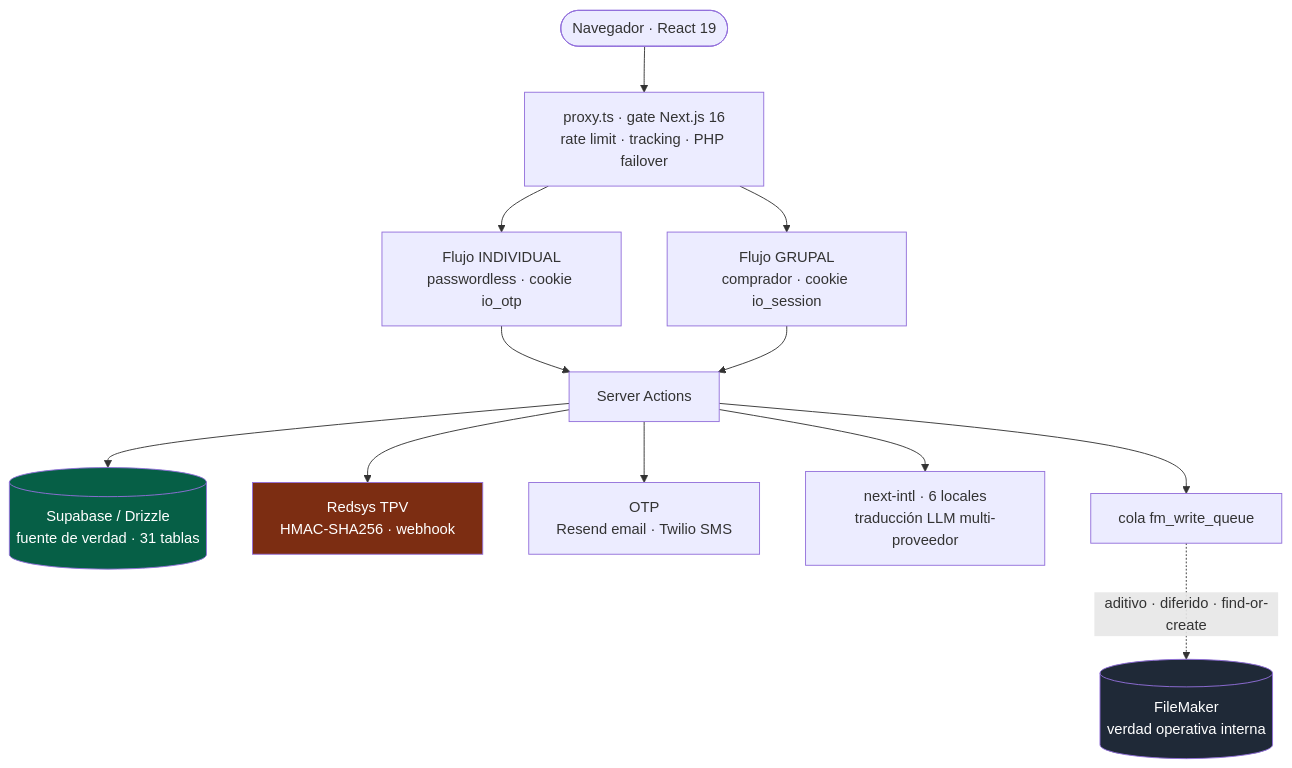
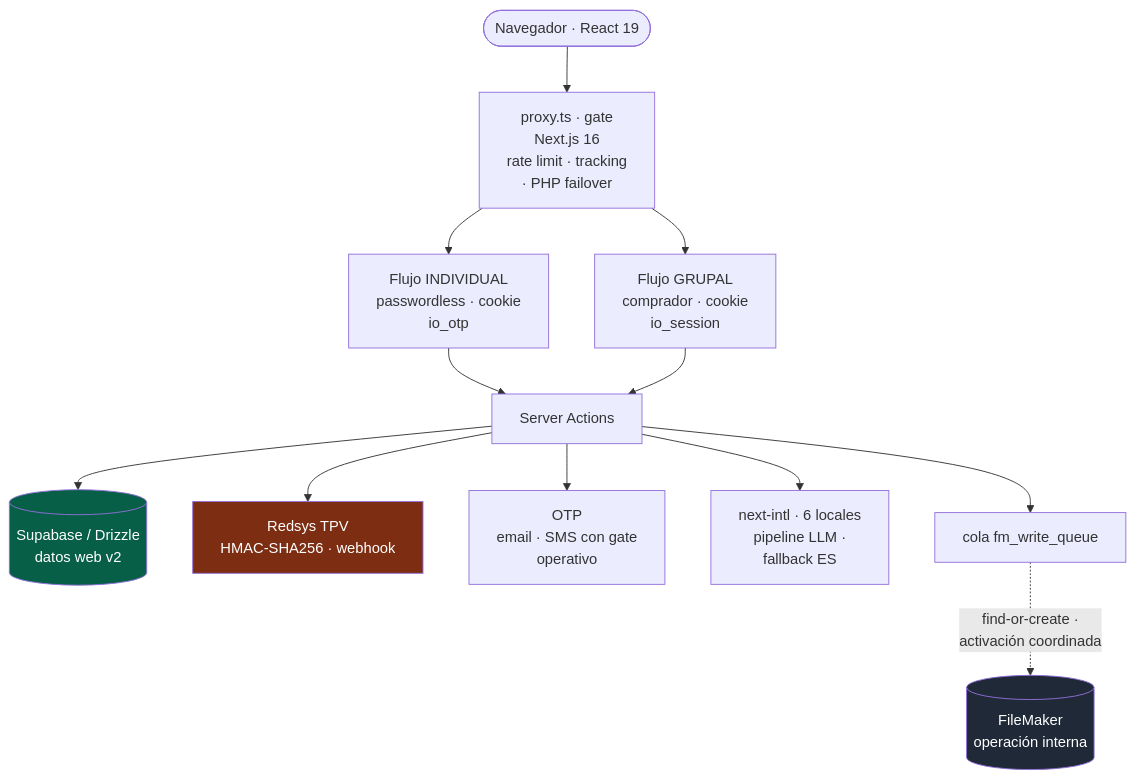
The first of 2 diagrams in projects/online-registration.es.md (aleglope/production-systems-case-studies), drawn with Mermaid before and after one commit. The commit also changed other lines of this file and 25 other files, not shown here.

````diff
--- a/projects/online-registration.es.md
+++ b/projects/online-registration.es.md
@@ -41,20 +47,20 @@
 ```mermaid
 flowchart TB
-    NAV(["Navegador · React 19"]) --> PROXY["proxy.ts · gate Next.js 16<br/>rate limit · tracking · PHP failover"]
-    PROXY --> IND["Flujo INDIVIDUAL<br/>passwordless · cookie io_otp"]
-    PROXY --> GRP["Flujo GRUPAL<br/>comprador · cookie io_session"]
+    NAV(["Navegador · React 19"]) --> PROXY["proxy.ts · gate<br/>Next.js 16<br/>rate limit · tracking<br/>· PHP failover"]
+    PROXY --> IND["Flujo INDIVIDUAL<br/>passwordless · cookie<br/>io_otp"]
+    PROXY --> GRP["Flujo GRUPAL<br/>comprador · cookie<br/>io_session"]
 
     IND --> SA["Server Actions"]
     GRP --> SA
-    SA --> DB[("Supabase / Drizzle<br/>fuente de verdad · 31 tablas")]
+    SA --> DB[("Supabase / Drizzle<br/>datos web v2")]
     SA --> REDSYS["Redsys TPV<br/>HMAC-SHA256 · webhook"]
-    SA --> OTP["OTP<br/>Resend email · Twilio SMS"]
-    SA --> I18N["next-intl · 6 locales<br/>traducción LLM multi-proveedor"]
+    SA --> OTP["OTP<br/>email · SMS con gate<br/>operativo"]
+    SA --> I18N["next-intl · 6 locales<br/>pipeline LLM ·<br/>fallback ES"]
 
     SA --> Q["cola fm_write_queue"]
-    Q -. "aditivo · diferido · find-or-create" .-> FM[("FileMaker<br/>verdad operativa interna")]
+    Q -. "find-or-create ·<br/>activación coordinada" .-> FM[("FileMaker<br/>operación interna")]
 
     style DB fill:#065f46,color:#fff
     style FM fill:#1f2937,color:#fff
     style REDSYS fill:#7c2d12,color:#fff
 ```
````
